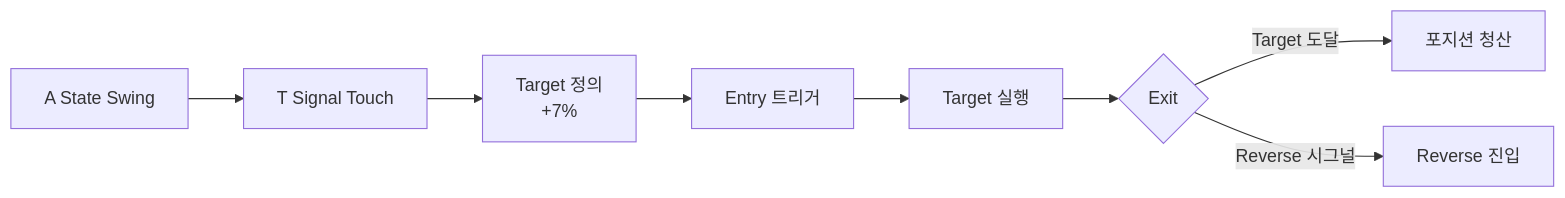
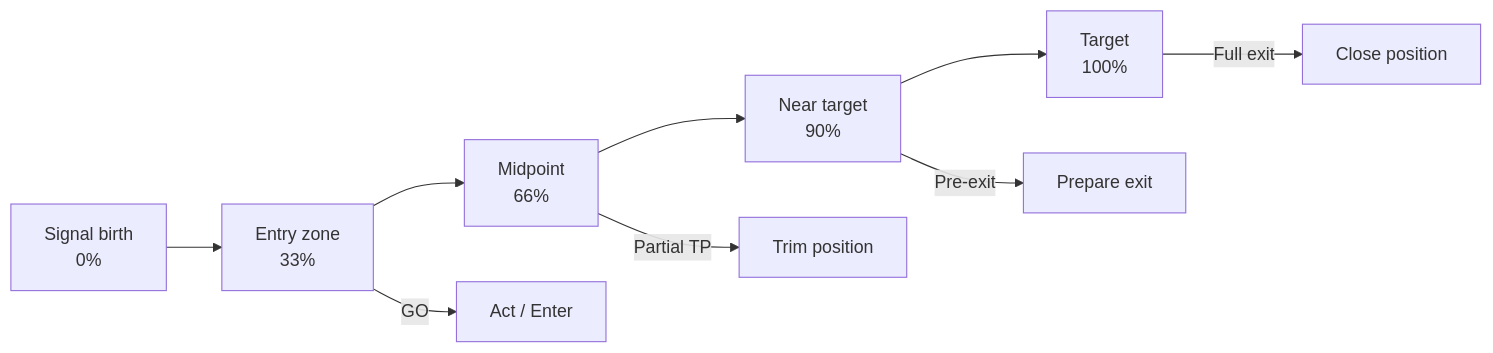
The fourth of 6 diagrams in diagrams/system_flow.md (gigshow/decker-ai-strategy-builder), drawn with Mermaid before and after one commit. The commit also changed other lines of this file and 24 other files, not shown here.

````diff
--- a/diagrams/system_flow.md
+++ b/diagrams/system_flow.md
@@ -77,10 +116,12 @@
 ```mermaid
 flowchart LR
-    A[A State Swing] --> T[T Signal Touch]
-    T --> TGT[Target 정의<br/>+7%]
-    TGT --> ENTRY[Entry 트리거]
-    ENTRY --> EXEC[Target 실행]
-    EXEC --> EXIT{Exit}
-    EXIT -->|Target 도달| CLOSE[포지션 청산]
-    EXIT -->|Reverse 시그널| REV[Reverse 진입]
+    BIRTH[Signal birth\n0%] --> E30[Entry zone\n33%]
+    E30 --> MID[Midpoint\n66%]
+    MID --> NEAR[Near target\n90%]
+    NEAR --> TARGET[Target\n100%]
+
+    E30 -->|GO| ACT[Act / Enter]
+    MID -->|Partial TP| TRIM[Trim position]
+    NEAR -->|Pre-exit| PREP[Prepare exit]
+    TARGET -->|Full exit| CLOSE[Close position]
 ```
````
